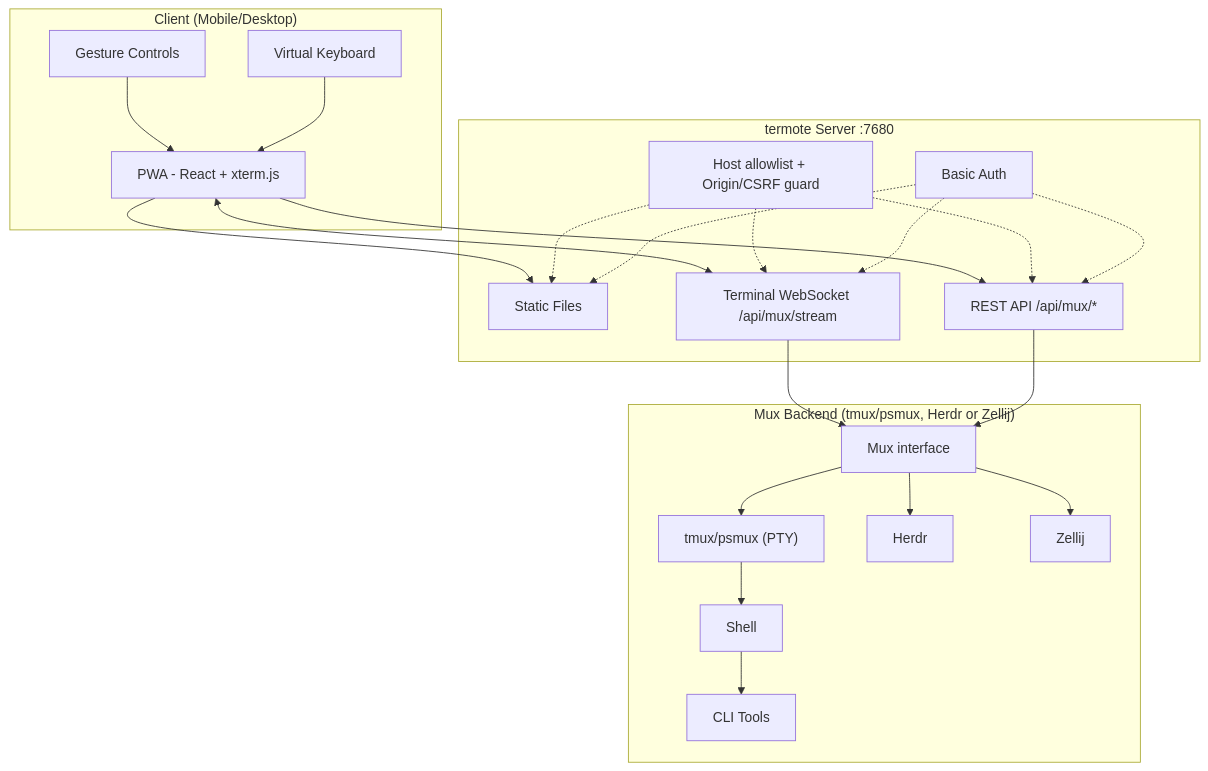
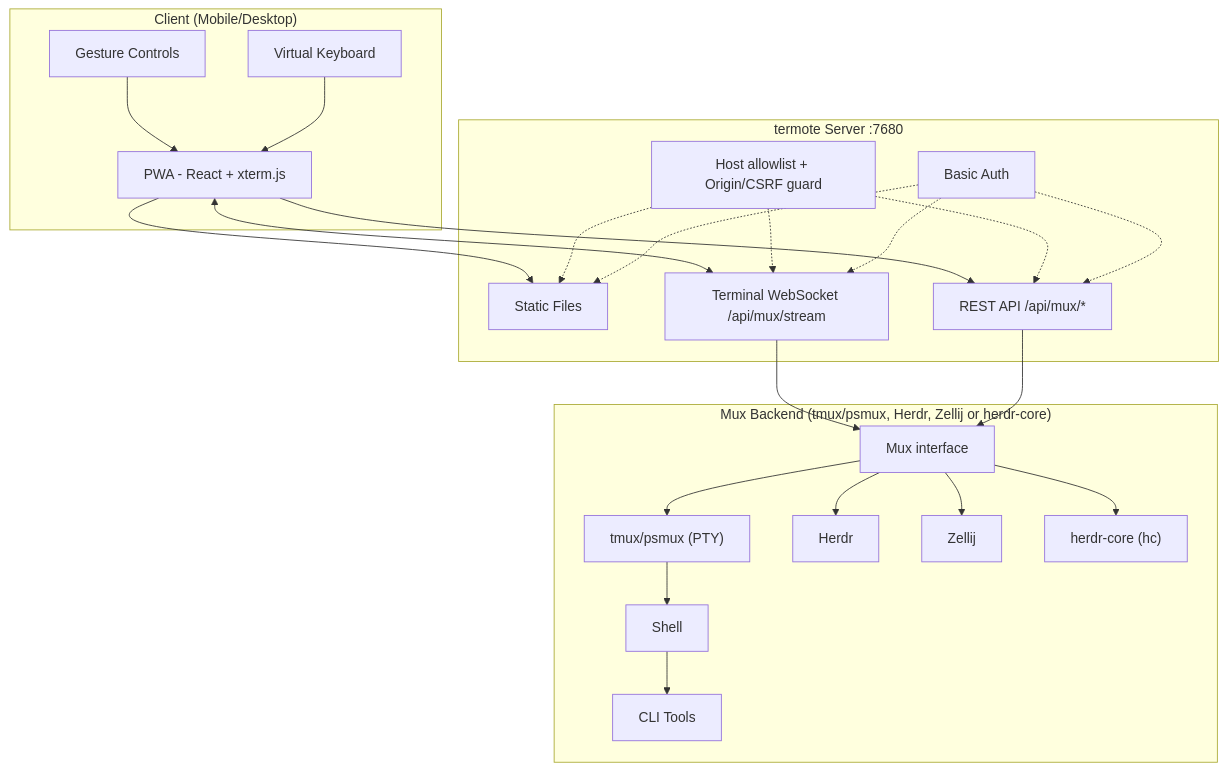
One commit to lamngockhuong/termote changed the first of 2 diagrams in README.md. Above: the diagram before and after it, drawn with Mermaid. The commit also changed other lines of this file and 14 other files, not shown here.

````diff
--- a/README.md
+++ b/README.md
@@ -92,37 +93,38 @@
 ```mermaid
 flowchart TB
     subgraph Client["Client (Mobile/Desktop)"]
         PWA["PWA - React + xterm.js"]
         Gestures["Gesture Controls"]
         Keyboard["Virtual Keyboard"]
     end
 
     subgraph Server["termote Server :7680"]
         Static["Static Files"]
         Stream["Terminal WebSocket /api/mux/stream"]
         API["REST API /api/mux/*"]
         Guard["Host allowlist + Origin/CSRF guard"]
         Auth["Basic Auth"]
     end
 
-    subgraph Backend["Mux Backend (tmux/psmux, Herdr or Zellij)"]
+    subgraph Backend["Mux Backend (tmux/psmux, Herdr, Zellij or herdr-core)"]
         Mux["Mux interface"]
         tmux["tmux/psmux (PTY)"]
         herdr["Herdr"]
         zellij["Zellij"]
+        hc["herdr-core (hc)"]
         Shell["Shell"]
         Tools["CLI Tools"]
     end
 
     Gestures --> PWA
     Keyboard --> PWA
     PWA --> Static
     PWA <--> Stream
     PWA --> API
     Guard -.-> Static & Stream & API
     Auth -.-> Static & Stream & API
     Stream --> Mux
     API --> Mux
-    Mux --> tmux & herdr & zellij
+    Mux --> tmux & herdr & zellij & hc
     tmux --> Shell --> Tools
 ```
````
